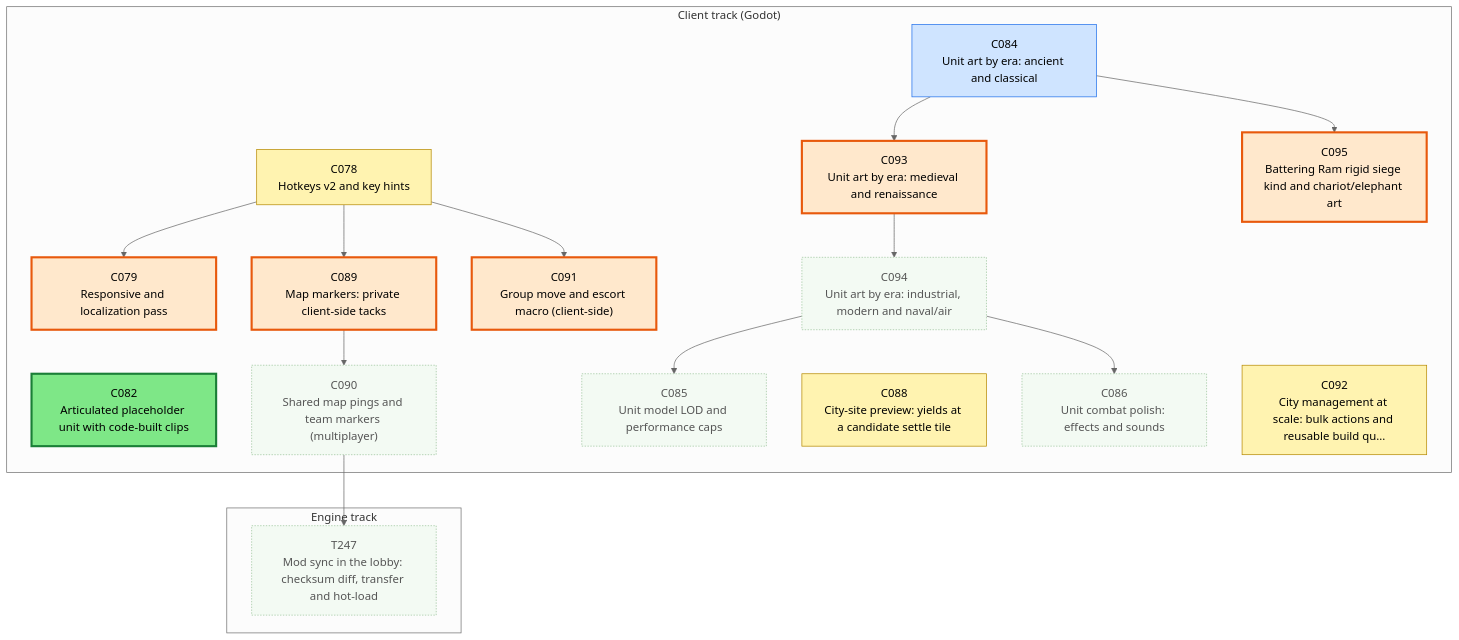
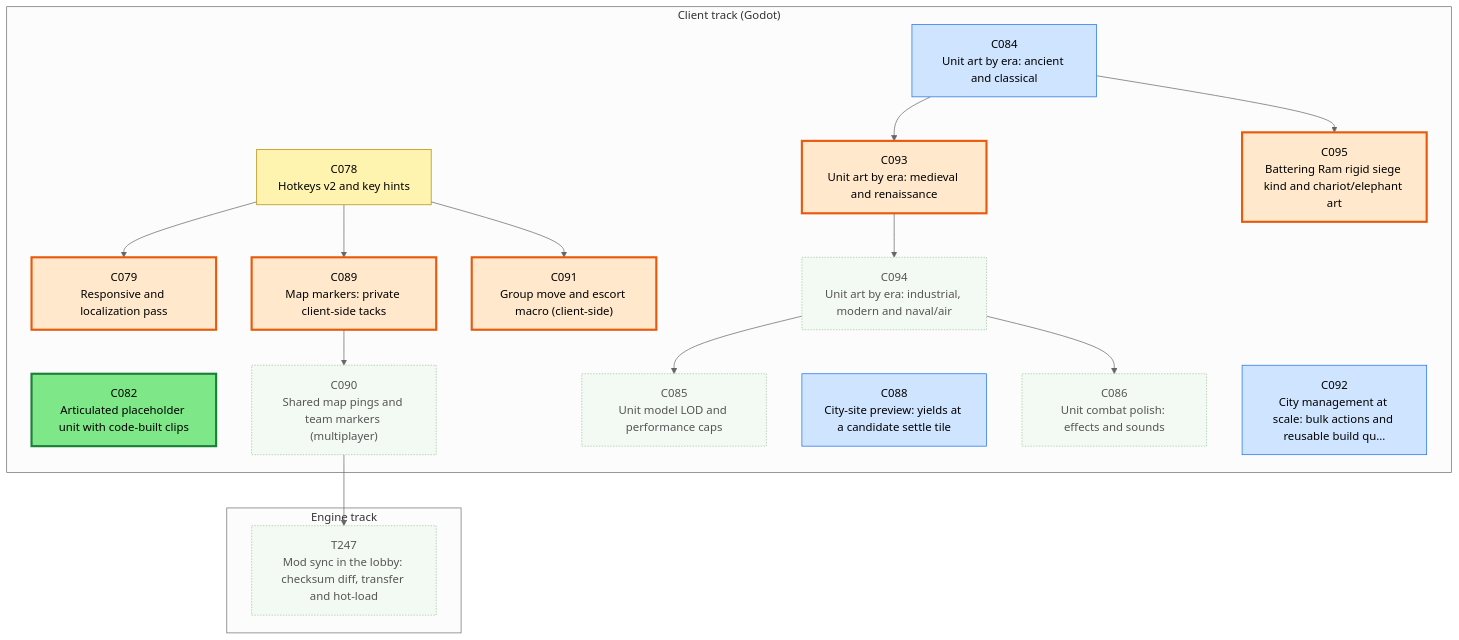
The first of 3 diagrams in csharp/migration/DEPENDENCY_MAP.md (Kenmura/Unciv), drawn with Mermaid (neutral theme) before and after one commit. The commit also changed other lines of this file and 1 other file, not shown here.

Commit message:
migration: C084 -> In-Review [Claude]

````diff
--- a/csharp/migration/DEPENDENCY_MAP.md
+++ b/csharp/migration/DEPENDENCY_MAP.md
@@ -25,54 +25,54 @@
 ```mermaid
 flowchart TD
   subgraph TTRACK["Engine track"]
     T247["T247<br/>Mod sync in the lobby: checksum diff, transfer and hot-load"]
   end
   subgraph CTRACK["Client track (Godot)"]
     C078["C078<br/>Hotkeys v2 and key hints"]
     C079["C079<br/>Responsive and localization pass"]
     C082["C082<br/>Articulated placeholder unit with code-built clips"]
     C084["C084<br/>Unit art by era: ancient and classical"]
     C085["C085<br/>Unit model LOD and performance caps"]
     C086["C086<br/>Unit combat polish: effects and sounds"]
     C088["C088<br/>City-site preview: yields at a candidate settle tile"]
     C089["C089<br/>Map markers: private client-side tacks"]
     C090["C090<br/>Shared map pings and team markers (multiplayer)"]
     C091["C091<br/>Group move and escort macro (client-side)"]
     C092["C092<br/>City management at scale: bulk actions and reusable build qu..."]
     C093["C093<br/>Unit art by era: medieval and renaissance"]
     C094["C094<br/>Unit art by era: industrial, modern and naval/air"]
     C095["C095<br/>Battering Ram rigid siege kind and chariot/elephant art"]
   end
   C090 --> T247
   C078 --> C079
   C094 --> C085
   C094 --> C086
   C078 --> C089
   C089 --> C090
   C078 --> C091
   C084 --> C093
   C093 --> C094
   C084 --> C095
   classDef waiting fill:#f3faf3,stroke:#9bc49b,color:#555,stroke-dasharray:2 2
   classDef ondeck fill:#ffe8cc,stroke:#e8590c,stroke-width:3px,color:#000
   classDef ready fill:#7ee787,stroke:#1a7f37,stroke-width:3px,color:#000
   classDef prog fill:#fff3b0,stroke:#b58900,color:#000
   classDef review fill:#cfe4ff,stroke:#1f6feb,color:#000
   classDef blocked fill:#ffd6d6,stroke:#c62828,color:#000
   classDef done fill:#eeeeee,stroke:#999999,color:#666,stroke-dasharray:4 3
   class C078 prog
   class C079 ondeck
   class C082 ready
   class C084 review
   class C085 waiting
   class C086 waiting
-  class C088 prog
+  class C088 review
   class C089 ondeck
   class C090 waiting
   class C091 ondeck
-  class C092 prog
+  class C092 review
   class C093 ondeck
   class C094 waiting
   class C095 ondeck
   class T247 waiting
 ```
````
